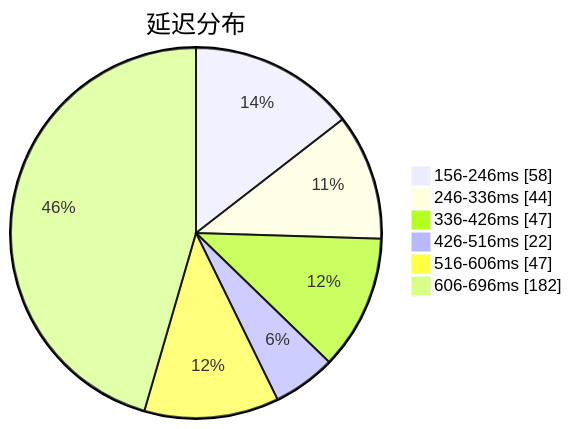
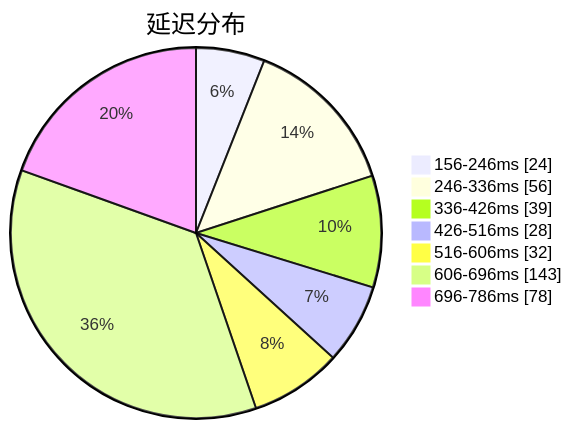
Before and after one commit to qjlxg/airport: the first of 3 diagrams in subs/statistics/tested_within.md, drawn with Mermaid. The commit also changed other lines of this file and 2 other files, not shown here.

````diff
--- a/subs/statistics/tested_within.md
+++ b/subs/statistics/tested_within.md
@@ -2,10 +2,11 @@
 ```mermaid
 pie showData
 title 延迟分布
-"156-246ms" : 58
-"246-336ms" : 44
-"336-426ms" : 47
-"426-516ms" : 22
-"516-606ms" : 47
-"606-696ms" : 182
+"156-246ms" : 24
+"246-336ms" : 56
+"336-426ms" : 39
+"426-516ms" : 28
+"516-606ms" : 32
+"606-696ms" : 143
+"696-786ms" : 78
 ```
````
